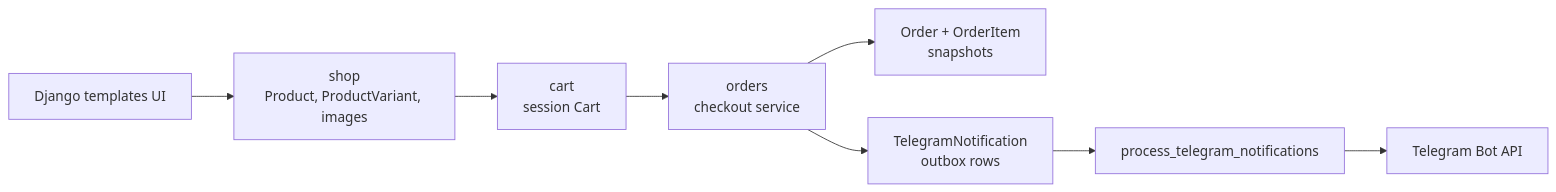
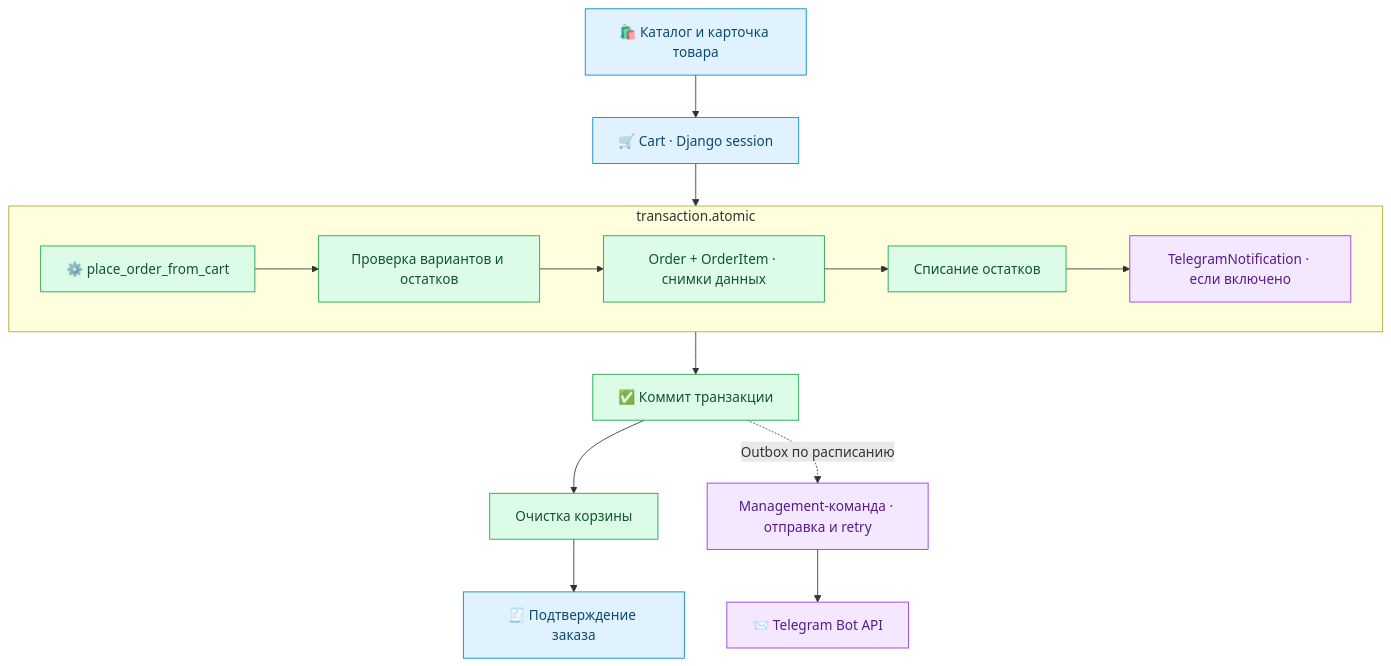
One commit to FrankHeels/carter changed the diagram in README.md. Above: the diagram before and after it, drawn with Mermaid. The commit also changed other lines of this file, not shown here.

````diff
--- a/README.md
+++ b/README.md
@@ -42,10 +113,25 @@
 ```mermaid
-flowchart LR
-    UI["Django templates UI"] --> Shop["shop\nProduct, ProductVariant, images"]
-    Shop --> Cart["cart\nsession Cart"]
-    Cart --> Checkout["orders\ncheckout service"]
-    Checkout --> Order["Order + OrderItem\nsnapshots"]
-    Checkout --> Outbox["TelegramNotification\noutbox rows"]
-    Outbox --> Command["process_telegram_notifications"]
-    Command --> Telegram["Telegram Bot API"]
+flowchart TD
+    UI["🛍️ Каталог и карточка товара"] --> Cart["🛒 Cart · Django session"]
+    Cart --> TX
+
+    subgraph TX["transaction.atomic"]
+        Checkout["⚙️ place_order_from_cart"] --> Stock["Проверка вариантов и остатков"]
+        Stock --> Order["Order + OrderItem · снимки данных"]
+        Order --> Update["Списание остатков"]
+        Update --> Outbox["TelegramNotification · если включено"]
+    end
+
+    TX --> Commit["✅ Коммит транзакции"]
+    Commit --> Clear["Очистка корзины"]
+    Clear --> Receipt["🧾 Подтверждение заказа"]
+    Commit -. "Outbox по расписанию" .-> Worker["Management-команда · отправка и retry"]
+    Worker --> Telegram["📨 Telegram Bot API"]
+
+    classDef storefront fill:#e0f2fe,stroke:#0284c7,color:#0c4a6e
+    classDef domain fill:#dcfce7,stroke:#16a34a,color:#14532d
+    classDef messaging fill:#f3e8ff,stroke:#9333ea,color:#581c87
+    class UI,Cart,Receipt storefront
+    class Checkout,Stock,Order,Update,Commit,Clear domain
+    class Outbox,Worker,Telegram messaging
 ```
````
